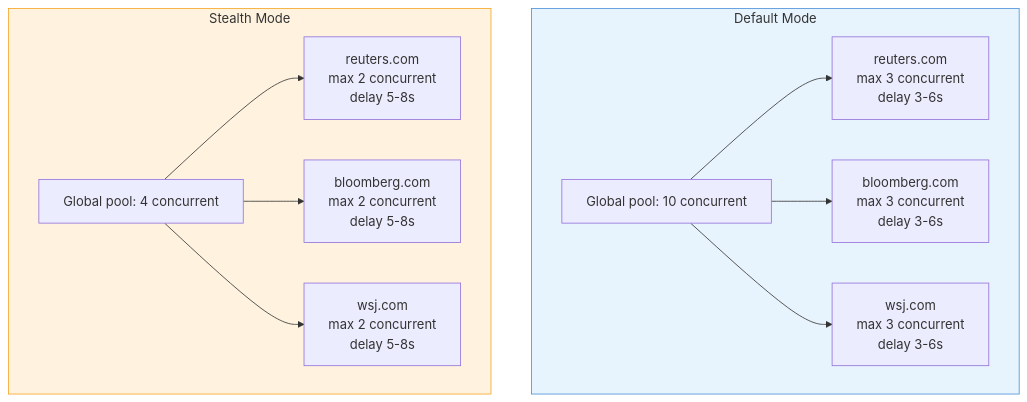
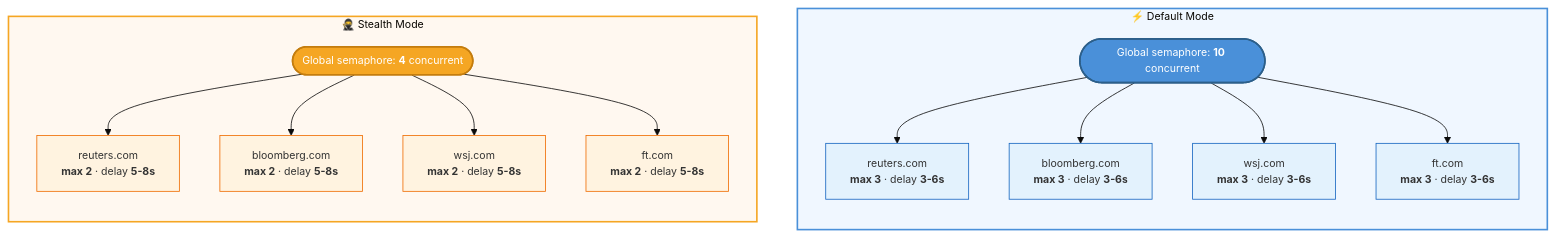
One commit to HydrAI/financial_webscrap changed the fifth of 5 diagrams in docs/ethical-scraping.md. Above: the diagram before and after it, drawn with Mermaid. The commit also changed other lines of this file and 3 other files, not shown here.

First line of the commit message:
Upgrade all diagrams to polished Mermaid with consistent theming

````diff
--- a/docs/ethical-scraping.md
+++ b/docs/ethical-scraping.md
@@ -68,25 +129,37 @@
 ```mermaid
+%%{init: {'theme': 'base', 'themeVariables': {'fontSize': '13px'}}}%%
 flowchart TD
-    subgraph Normal["Default Mode"]
-        N_POOL["Global pool: 10 concurrent"]
-        N_D1["reuters.com\nmax 3 concurrent\ndelay 3-6s"]
-        N_D2["bloomberg.com\nmax 3 concurrent\ndelay 3-6s"]
-        N_D3["wsj.com\nmax 3 concurrent\ndelay 3-6s"]
+    subgraph Normal["&nbsp; ⚡ Default Mode &nbsp;"]
+        direction TB
+        N_POOL(["Global semaphore: <b>10</b> concurrent"]):::blue_node
+        N_D1["reuters.com\n<b>max 3</b> · delay <b>3-6s</b>"]:::domain
+        N_D2["bloomberg.com\n<b>max 3</b> · delay <b>3-6s</b>"]:::domain
+        N_D3["wsj.com\n<b>max 3</b> · delay <b>3-6s</b>"]:::domain
+        N_D4["ft.com\n<b>max 3</b> · delay <b>3-6s</b>"]:::domain
         N_POOL --> N_D1
         N_POOL --> N_D2
         N_POOL --> N_D3
+        N_POOL --> N_D4
     end
 
-    subgraph Stealth["Stealth Mode"]
-        S_POOL["Global pool: 4 concurrent"]
-        S_D1["reuters.com\nmax 2 concurrent\ndelay 5-8s"]
-        S_D2["bloomberg.com\nmax 2 concurrent\ndelay 5-8s"]
-        S_D3["wsj.com\nmax 2 concurrent\ndelay 5-8s"]
+    subgraph Stealth["&nbsp; 🥷 Stealth Mode &nbsp;"]
+        direction TB
+        S_POOL(["Global semaphore: <b>4</b> concurrent"]):::orange_node
+        S_D1["reuters.com\n<b>max 2</b> · delay <b>5-8s</b>"]:::domain_s
+        S_D2["bloomberg.com\n<b>max 2</b> · delay <b>5-8s</b>"]:::domain_s
+        S_D3["wsj.com\n<b>max 2</b> · delay <b>5-8s</b>"]:::domain_s
+        S_D4["ft.com\n<b>max 2</b> · delay <b>5-8s</b>"]:::domain_s
         S_POOL --> S_D1
         S_POOL --> S_D2
         S_POOL --> S_D3
+        S_POOL --> S_D4
     end
 
-    style Normal fill:#e8f4fd,stroke:#4a90d9
-    style Stealth fill:#fff3e0,stroke:#f5a623
+    classDef blue_node fill:#4a90d9,stroke:#2c5f8a,color:#fff,stroke-width:2px
+    classDef orange_node fill:#f5a623,stroke:#c47d0e,color:#fff,stroke-width:2px
+    classDef domain fill:#e3f2fd,stroke:#1565c0,stroke-width:1px
+    classDef domain_s fill:#fff3e0,stroke:#ef6c00,stroke-width:1px
+
+    style Normal fill:#f0f7ff,stroke:#4a90d9,stroke-width:2px
+    style Stealth fill:#fff8f0,stroke:#f5a623,stroke-width:2px
 ```
````
